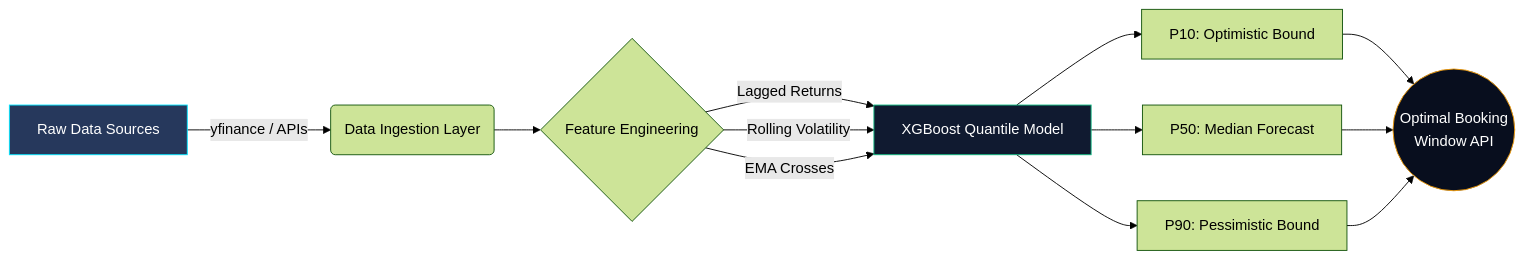
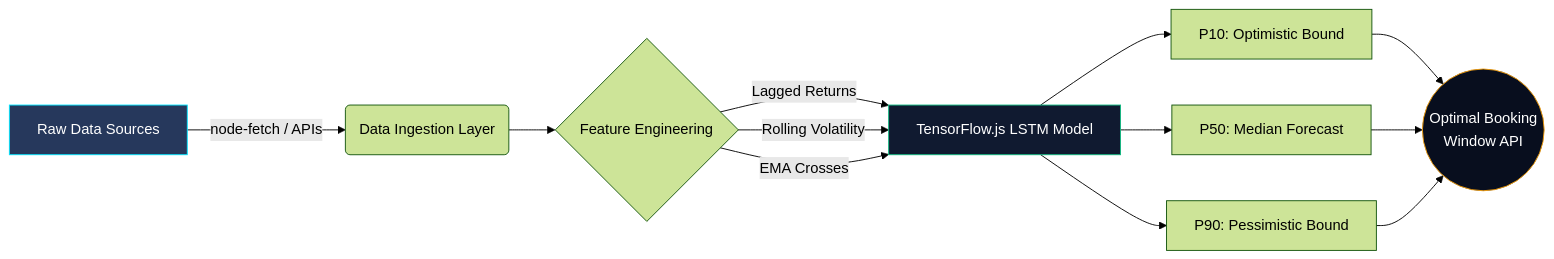
Before and after one commit to IamNishant51/KargoSetu: the third of 4 diagrams in Docs/08_System_Architecture_Diagrams.md, drawn with Mermaid (forest theme). The commit also changed other lines of this file and 5 other files, not shown here.

Commit message:
docs: pivot backend architecture and ml models from Python to Node.js/TensorFlow.js

````diff
--- a/Docs/08_System_Architecture_Diagrams.md
+++ b/Docs/08_System_Architecture_Diagrams.md
@@ -75,19 +75,19 @@
 ```mermaid
 flowchart LR
-    A[Raw Data Sources] -->|yfinance / APIs| B(Data Ingestion Layer)
+    A[Raw Data Sources] -->|node-fetch / APIs| B(Data Ingestion Layer)
     B --> C{Feature Engineering}
-    C -->|Lagged Returns| D[XGBoost Quantile Model]
+    C -->|Lagged Returns| D[TensorFlow.js LSTM Model]
     C -->|Rolling Volatility| D
     C -->|EMA Crosses| D
     D --> E[P10: Optimistic Bound]
     D --> F[P50: Median Forecast]
     D --> G[P90: Pessimistic Bound]
     
     E --> H((Optimal Booking <br> Window API))
     F --> H
     G --> H
     
     style A fill:#26385C,stroke:#00E5FF,color:#fff
     style D fill:#101A30,stroke:#10B981,color:#fff
     style H fill:#080E1E,stroke:#F59E0B,color:#fff
 ```
````
